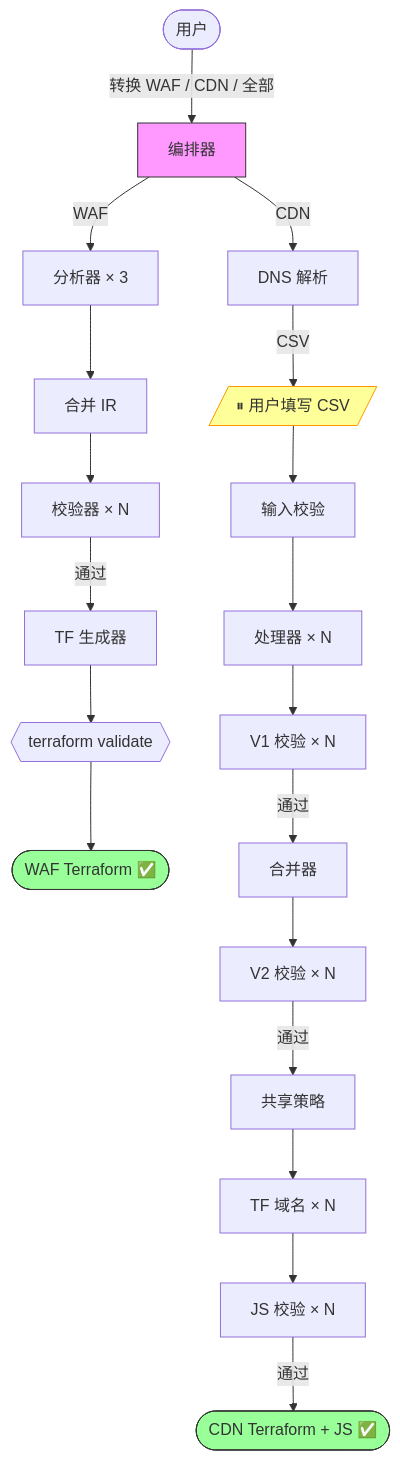
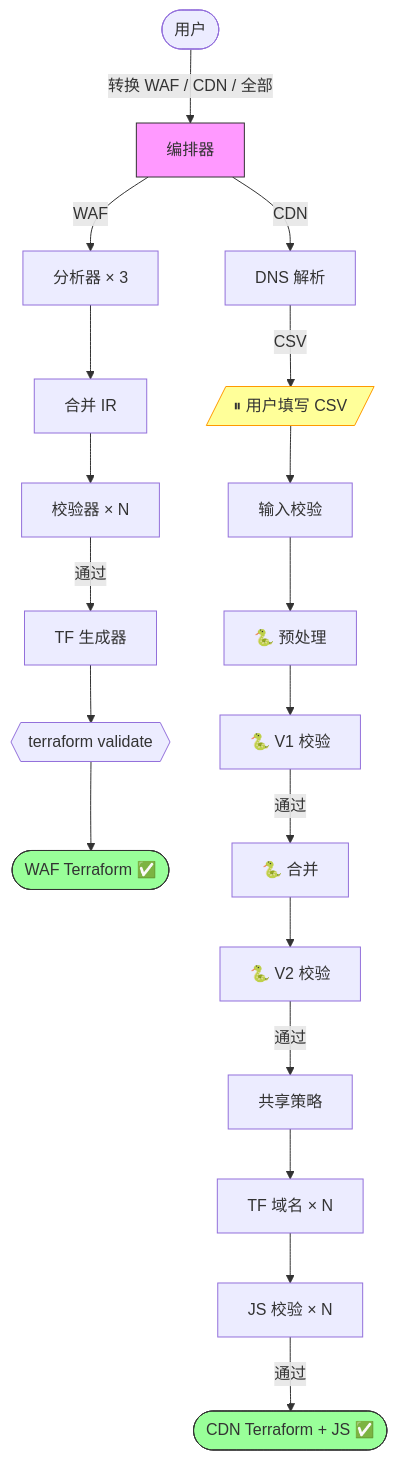
Before and after one commit to chenghit/cloudflare-aws-edge-config-converter: the diagram in README_CN.md, drawn with Mermaid. The commit also changed other lines of this file and 45 other files, not shown here.

````diff
--- a/README_CN.md
+++ b/README_CN.md
@@ -76,22 +78,22 @@
 ```mermaid
 flowchart TD
     User([用户]) -->|"转换 WAF / CDN / 全部"| Main["编排器"]
 
     Main -->|WAF| WAF_A["分析器 × 3"] --> WAF_M["合并 IR"] --> WAF_V["校验器 × N"] -->|通过| WAF_G["TF 生成器"] --> WAF_T{{"terraform validate"}} --> WAF_Done([WAF Terraform ✅])
 
     Main -->|CDN| CDN1["DNS 解析"] -->|CSV| Pause[/"⏸ 用户填写 CSV"/]
     Pause --> CDN2["输入校验"]
-    CDN2 --> CDN3["处理器 × N"]
-    CDN3 --> CDN4["V1 校验 × N"]
-    CDN4 -->|通过| CDN5["合并器"]
-    CDN5 --> CDN6["V2 校验 × N"]
+    CDN2 --> CDN3["🐍 预处理"]
+    CDN3 --> CDN4["🐍 V1 校验"]
+    CDN4 -->|通过| CDN5["🐍 合并"]
+    CDN5 --> CDN6["🐍 V2 校验"]
     CDN6 -->|通过| CDN7["共享策略"]
     CDN7 --> CDN8["TF 域名 × N"]
     CDN8 --> CDN9["JS 校验 × N"]
     CDN9 -->|通过| CDN_Done([CDN Terraform + JS ✅])
 
     style Main fill:#f9f,stroke:#333
     style Pause fill:#ff9,stroke:#f90
     style WAF_Done fill:#9f9,stroke:#333
     style CDN_Done fill:#9f9,stroke:#333
 ```
````
